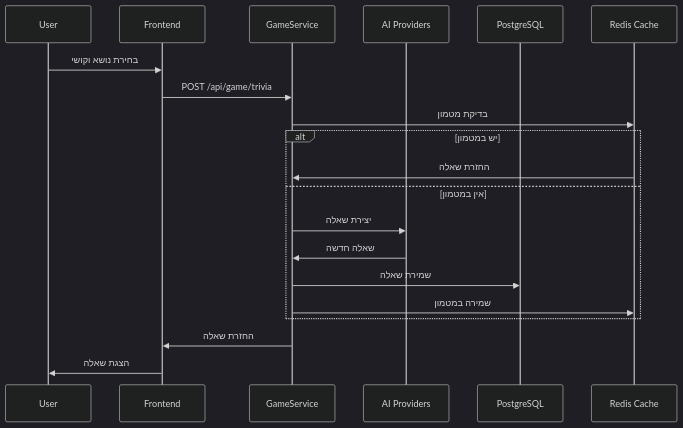
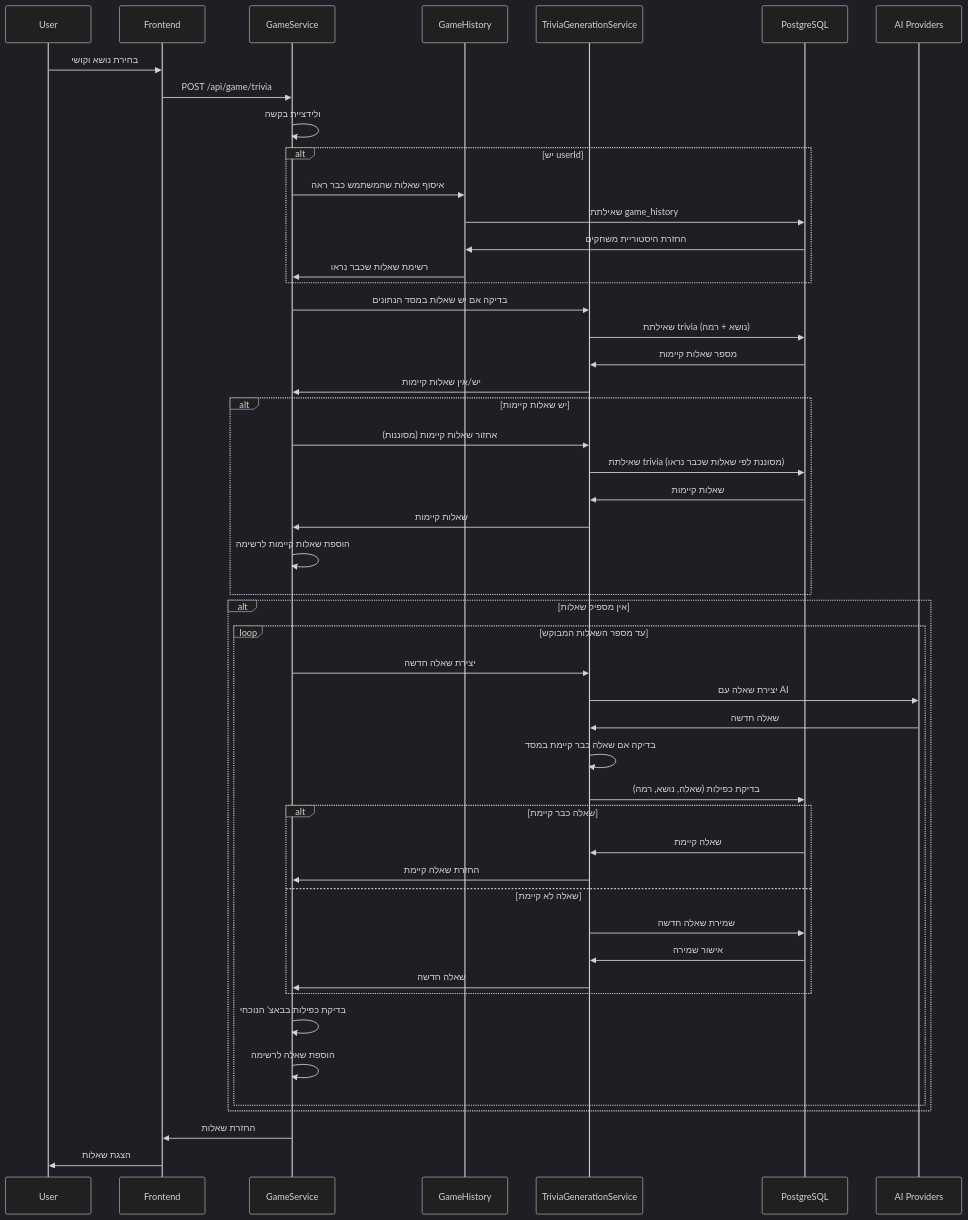
The second of 28 diagrams in docs/DIAGRAMS.md (IsraelRub/EveryTriv), drawn with Mermaid (dark theme) before and after one commit. The commit also changed other lines of this file and 600 other files, not shown here.

````diff
--- a/docs/DIAGRAMS.md
+++ b/docs/DIAGRAMS.md
@@ -180,23 +180,57 @@
 ```mermaid
 sequenceDiagram
     participant U as User
     participant F as Frontend
     participant G as GameService
+    participant GH as GameHistory
+    participant TG as TriviaGenerationService
+    participant DB as PostgreSQL
     participant AI as AI Providers
-    participant DB as PostgreSQL
-    participant C as Redis Cache
 
     U->>F: בחירת נושא וקושי
     F->>G: POST /api/game/trivia
-    G->>C: בדיקת מטמון
-    alt יש במטמון
-        C->>G: החזרת שאלה
-    else אין במטמון
-        G->>AI: יצירת שאלה
-        AI->>G: שאלה חדשה
-        G->>DB: שמירת שאלה
-        G->>C: שמירה במטמון
+    G->>G: ולידציית בקשה
+    
+    alt יש userId
+        G->>GH: איסוף שאלות שהמשתמש כבר ראה
+        GH->>DB: שאילתת game_history
+        DB->>GH: החזרת היסטוריית משחקים
+        GH->>G: רשימת שאלות שכבר נראו
     end
-    G->>F: החזרת שאלה
-    F->>U: הצגת שאלה
+    
+    G->>TG: בדיקה אם יש שאלות במסד הנתונים
+    TG->>DB: שאילתת trivia (נושא + רמה)
+    DB->>TG: מספר שאלות קיימות
+    TG->>G: יש/אין שאלות קיימות
+    
+    alt יש שאלות קיימות
+        G->>TG: אחזור שאלות קיימות (מסוננות)
+        TG->>DB: שאילתת trivia (מסוננת לפי שאלות שכבר נראו)
+        DB->>TG: שאלות קיימות
+        TG->>G: שאלות קיימות
+        G->>G: הוספת שאלות קיימות לרשימה
+    end
+    
+    alt אין מספיק שאלות
+        loop עד מספר השאלות המבוקש
+            G->>TG: יצירת שאלה חדשה
+            TG->>AI: יצירת שאלה עם AI
+            AI->>TG: שאלה חדשה
+            TG->>TG: בדיקה אם שאלה כבר קיימת במסד
+            TG->>DB: בדיקת כפילות (שאלה, נושא, רמה)
+            alt שאלה כבר קיימת
+                DB->>TG: שאלה קיימת
+                TG->>G: החזרת שאלה קיימת
+            else שאלה לא קיימת
+                TG->>DB: שמירת שאלה חדשה
+                DB->>TG: אישור שמירה
+                TG->>G: שאלה חדשה
+            end
+            G->>G: בדיקת כפילות בבאצ' הנוכחי
+            G->>G: הוספת שאלה לרשימה
+        end
+    end
+    
+    G->>F: החזרת שאלות
+    F->>U: הצגת שאלות
 ```
````
